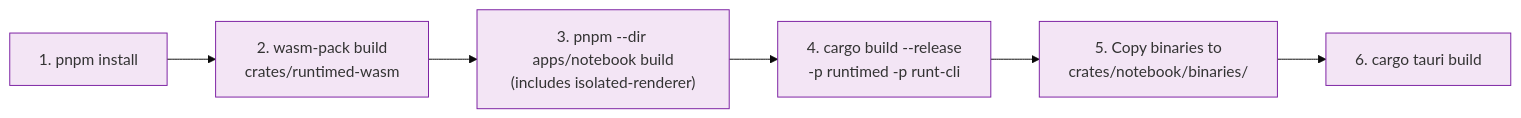
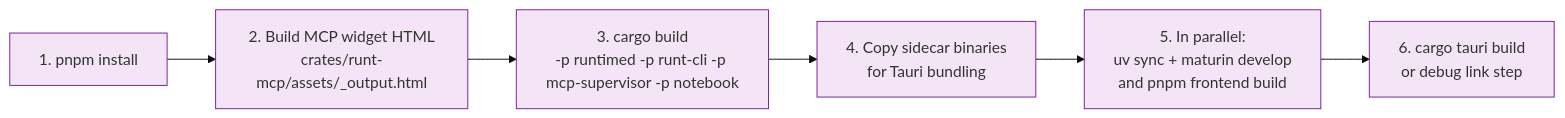
One commit to nteract/desktop changed the second of 3 diagrams in contributing/build-dependencies.md. Above: the diagram before and after it, drawn with Mermaid (base theme). The commit also changed 26 other files, not shown here.

````diff
--- a/contributing/build-dependencies.md
+++ b/contributing/build-dependencies.md
@@ -75,11 +75,11 @@
 ```mermaid
 graph LR
-    A["1. pnpm install"] --> W["2. wasm-pack build<br/>crates/runtimed-wasm"]
-    W --> C["3. pnpm --dir apps/notebook build<br/>(includes isolated-renderer)"]
-    C --> D["4. cargo build --release<br/>-p runtimed -p runt-cli"]
-    D --> E["5. Copy binaries to<br/>crates/notebook/binaries/"]
-    E --> F["6. cargo tauri build"]
+    A["1. pnpm install"] --> M["2. Build MCP widget HTML<br/>crates/runt-mcp/assets/_output.html"]
+    M --> R["3. cargo build<br/>-p runtimed -p runt-cli -p mcp-supervisor -p notebook"]
+    R --> E["4. Copy sidecar binaries<br/>for Tauri bundling"]
+    E --> P["5. In parallel:<br/>uv sync + maturin develop<br/>and pnpm frontend build"]
+    P --> F["6. cargo tauri build<br/>or debug link step"]
 
     classDef step fill:#f3e5f5,stroke:#7b1fa2
-    class A,W,C,D,E,F step
+    class A,M,R,E,P,F step
 ```
````
